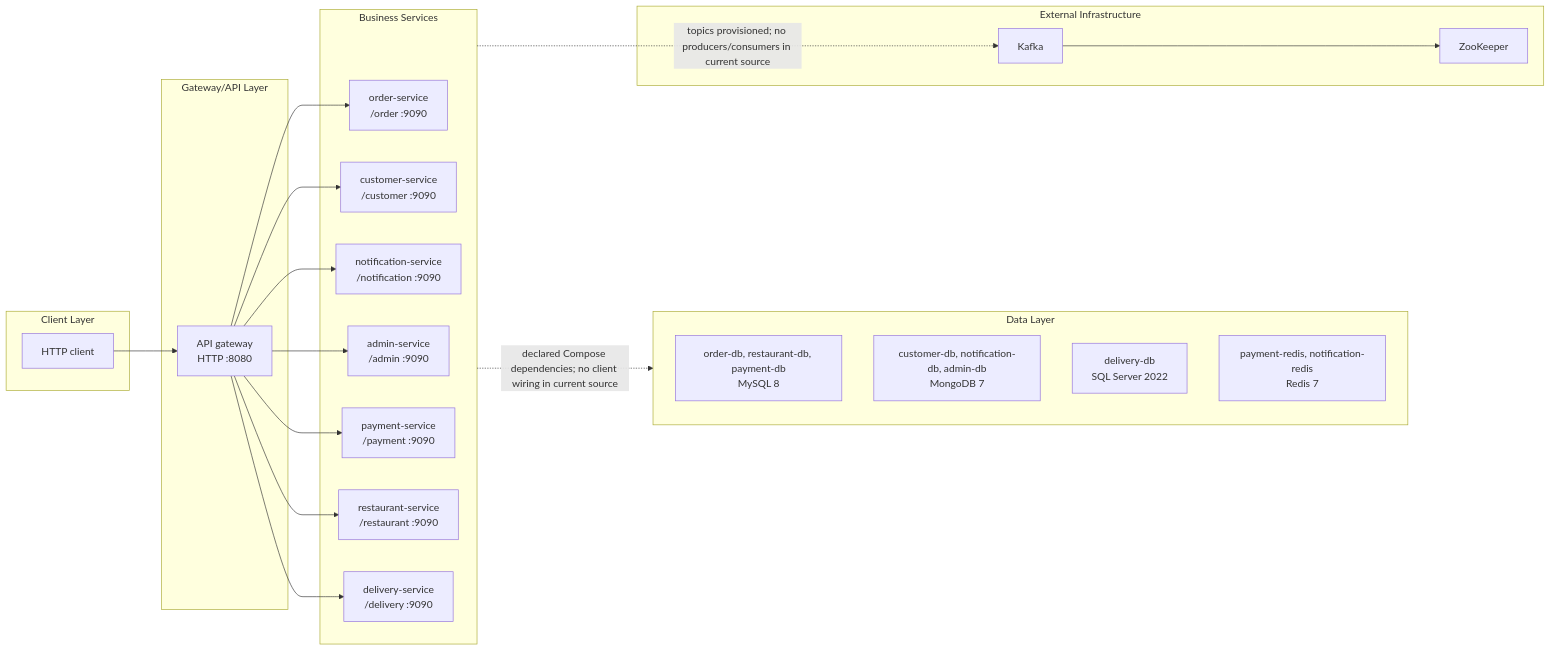
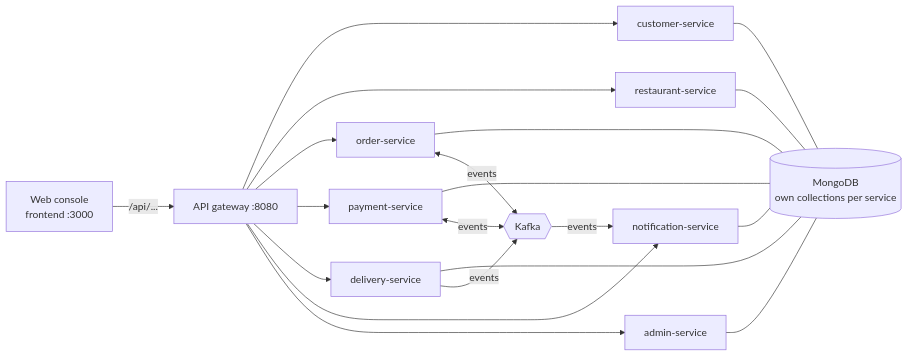
The diagram in Assignment-2/README.md (merwyan/DSA_26), drawn with Mermaid before and after one commit. The commit also changed other lines of this file and 99 other files, not shown here.

First line of the commit message:
Assignment 2: implement food delivery services on MongoDB with web console

````diff
--- a/Assignment-2/README.md
+++ b/Assignment-2/README.md
@@ -7,39 +9,16 @@
 ```mermaid
 flowchart LR
-    subgraph C[Client Layer]
-        Client[HTTP client]
-    end
-    subgraph G[Gateway/API Layer]
-        Gateway[API gateway\nHTTP :8080]
-    end
-    subgraph B[Business Services]
-        Order[order-service\n/order :9090]
-        Customer[customer-service\n/customer :9090]
-        Notification[notification-service\n/notification :9090]
-        Admin[admin-service\n/admin :9090]
-        Payment[payment-service\n/payment :9090]
-        Restaurant[restaurant-service\n/restaurant :9090]
-        Delivery[delivery-service\n/delivery :9090]
-    end
-    subgraph D[Data Layer]
-        MySQL[order-db, restaurant-db, payment-db\nMySQL 8]
-        Mongo[customer-db, notification-db, admin-db\nMongoDB 7]
-        MSSQL[delivery-db\nSQL Server 2022]
-        Redis[payment-redis, notification-redis\nRedis 7]
-    end
-    subgraph E[External Infrastructure]
-        Kafka[Kafka]
-        ZK[ZooKeeper]
-    end
-    Client --> Gateway
-    Gateway --> Order
-    Gateway --> Customer
-    Gateway --> Notification
-    Gateway --> Admin
-    Gateway --> Payment
-    Gateway --> Restaurant
-    Gateway --> Delivery
-    B -. declared Compose dependencies; no client wiring in current source .-> D
-    B -. topics provisioned; no producers/consumers in current source .-> Kafka
-    Kafka --> ZK
+    Browser[Web console<br/>frontend :3000] -->|/api/...| Gateway[API gateway :8080]
+    Gateway --> Customer[customer-service]
+    Gateway --> Restaurant[restaurant-service]
+    Gateway --> Order[order-service]
+    Gateway --> Payment[payment-service]
+    Gateway --> Delivery[delivery-service]
+    Gateway --> Notification[notification-service]
+    Gateway --> Admin[admin-service]
+    Customer & Restaurant & Order & Payment & Delivery & Notification & Admin --- Mongo[(MongoDB<br/>own collections per service)]
+    Order <-->|events| Kafka{{Kafka}}
+    Payment <-->|events| Kafka
+    Delivery -->|events| Kafka
+    Kafka -->|events| Notification
 ```
````
